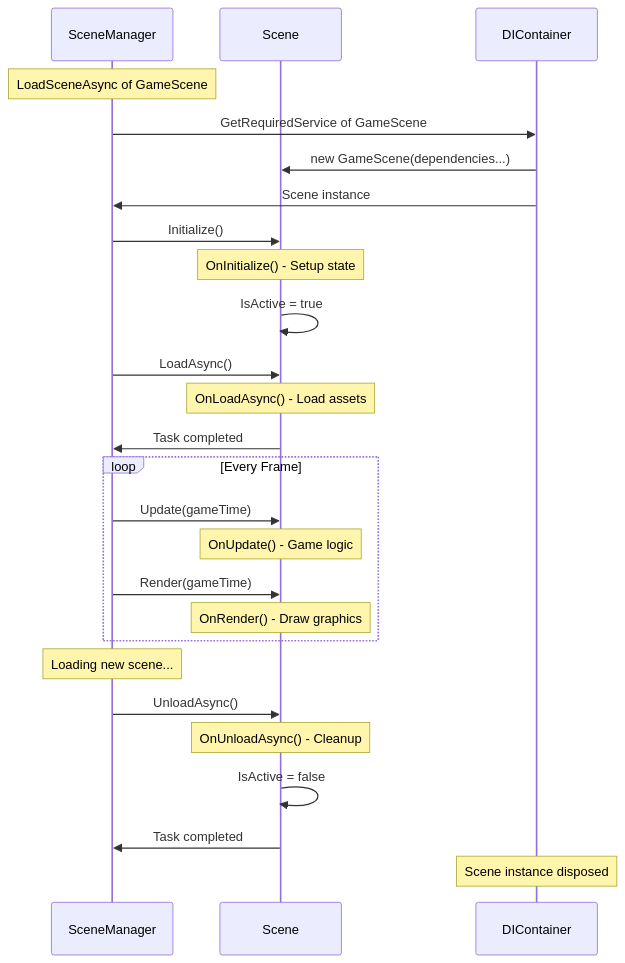
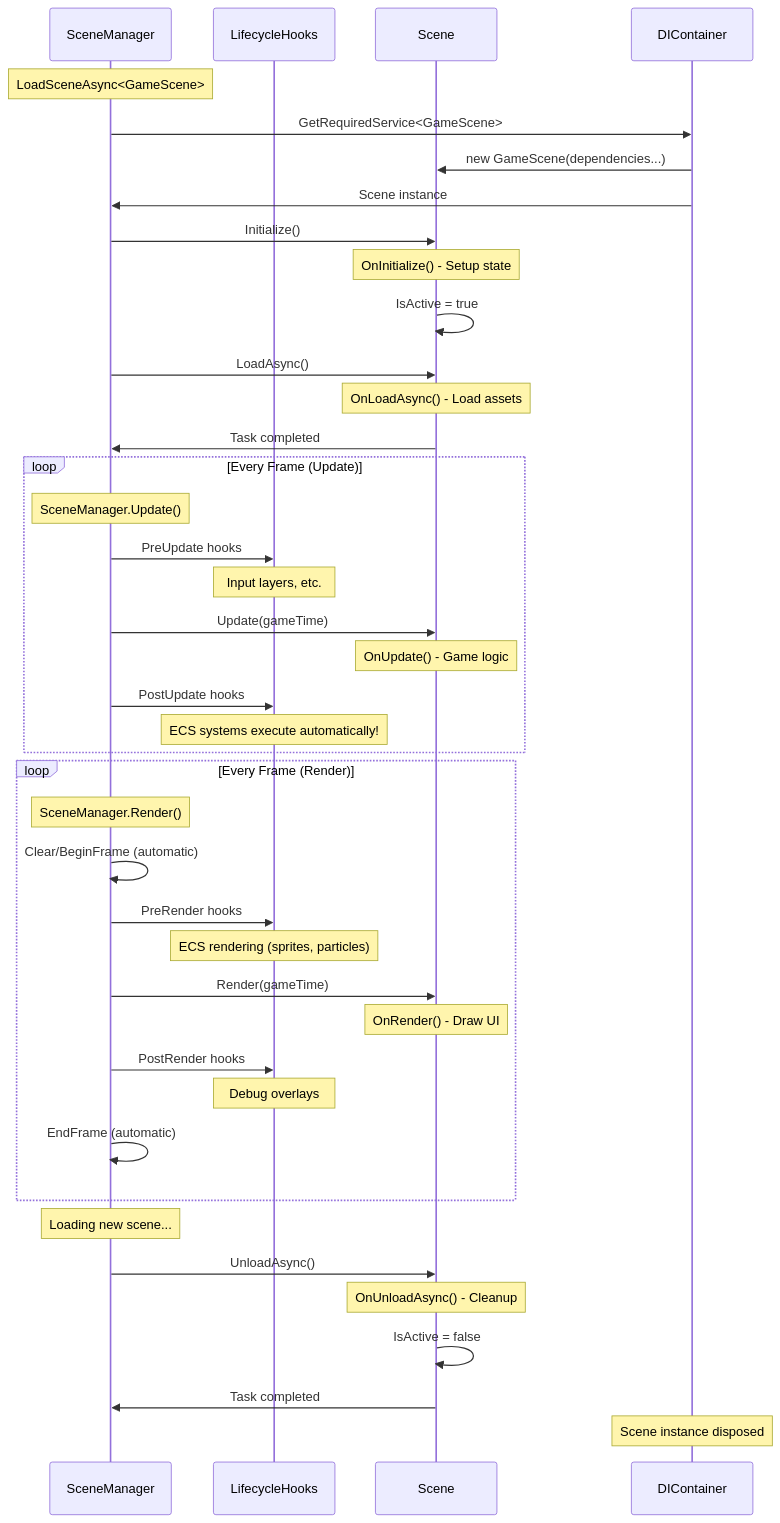
The second of 2 diagrams in docs/concepts/scenes.md (CrazyPickleStudios/Brine2D-Documentation), drawn with Mermaid before and after one commit. The commit also changed other lines of this file and 13 other files, not shown here.

````diff
--- a/docs/concepts/scenes.md
+++ b/docs/concepts/scenes.md
@@ -60,37 +60,59 @@
 ```mermaid
 sequenceDiagram
     participant SM as SceneManager
+    participant H as LifecycleHooks
     participant S as Scene
     participant DI as DIContainer
     
-    Note over SM: LoadSceneAsync of GameScene
+    Note over SM: LoadSceneAsync<GameScene>
     
-    SM->>DI: GetRequiredService of GameScene
+    SM->>DI: GetRequiredService<GameScene>
     DI->>S: new GameScene(dependencies...)
     DI->>SM: Scene instance
     
     SM->>S: Initialize()
     Note over S: OnInitialize() - Setup state
     S->>S: IsActive = true
     
     SM->>S: LoadAsync()
     Note over S: OnLoadAsync() - Load assets
     S->>SM: Task completed
     
-    loop Every Frame
+    loop Every Frame (Update)
+        Note over SM: SceneManager.Update()
+        
+        SM->>H: PreUpdate hooks
+        Note over H: Input layers, etc.
+        
         SM->>S: Update(gameTime)
         Note over S: OnUpdate() - Game logic
         
+        SM->>H: PostUpdate hooks
+        Note over H: ECS systems execute automatically!
+    end
+    
+    loop Every Frame (Render)
+        Note over SM: SceneManager.Render()
+        SM->>SM: Clear/BeginFrame (automatic)
+        
+        SM->>H: PreRender hooks
+        Note over H: ECS rendering (sprites, particles)
+        
         SM->>S: Render(gameTime)
-        Note over S: OnRender() - Draw graphics
+        Note over S: OnRender() - Draw UI
+        
+        SM->>H: PostRender hooks
+        Note over H: Debug overlays
+        
+        SM->>SM: EndFrame (automatic)
     end
     
     Note over SM: Loading new scene...
     
     SM->>S: UnloadAsync()
     Note over S: OnUnloadAsync() - Cleanup
     S->>S: IsActive = false
     S->>SM: Task completed
     
     Note over DI: Scene instance disposed
 ```
````
